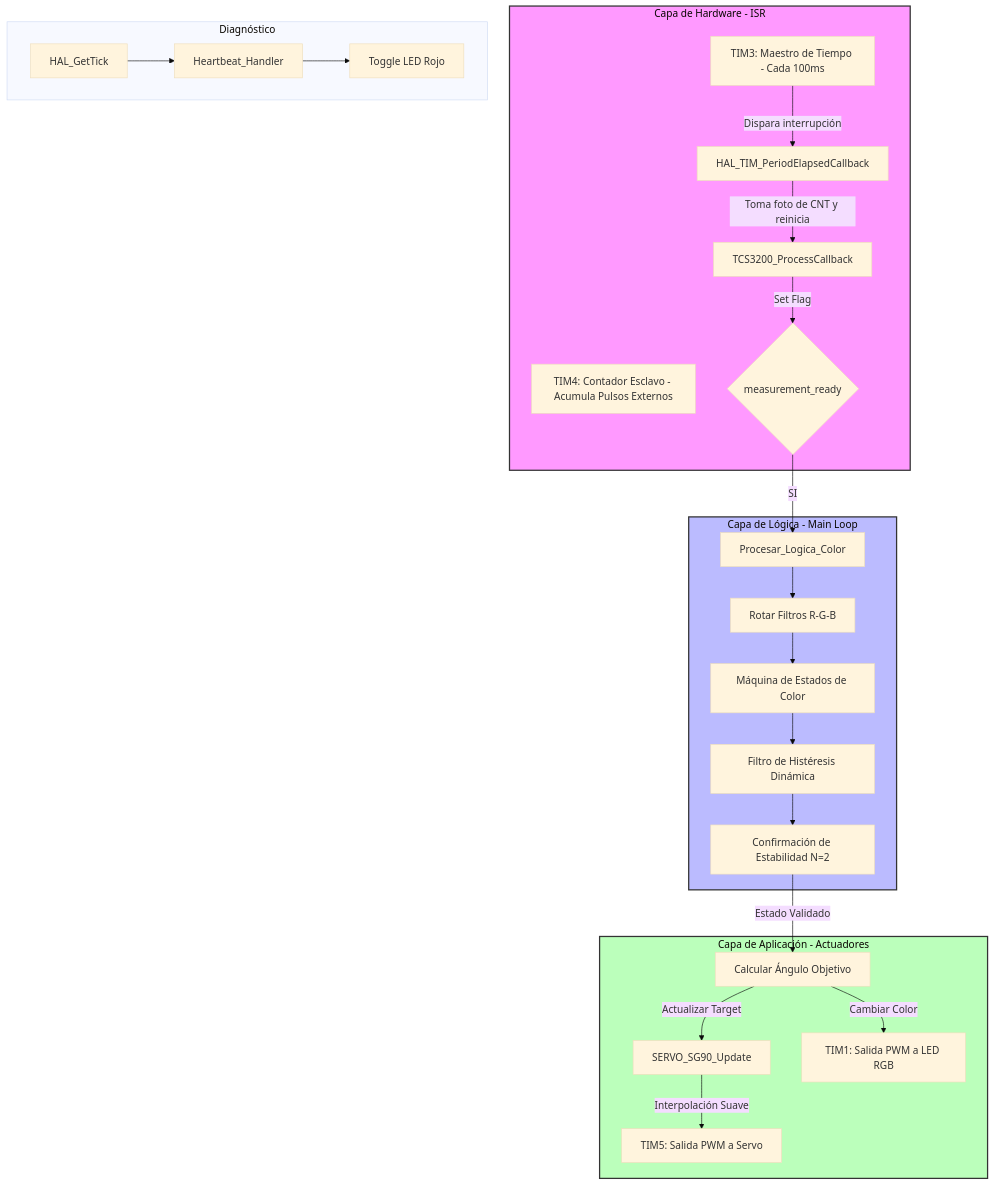
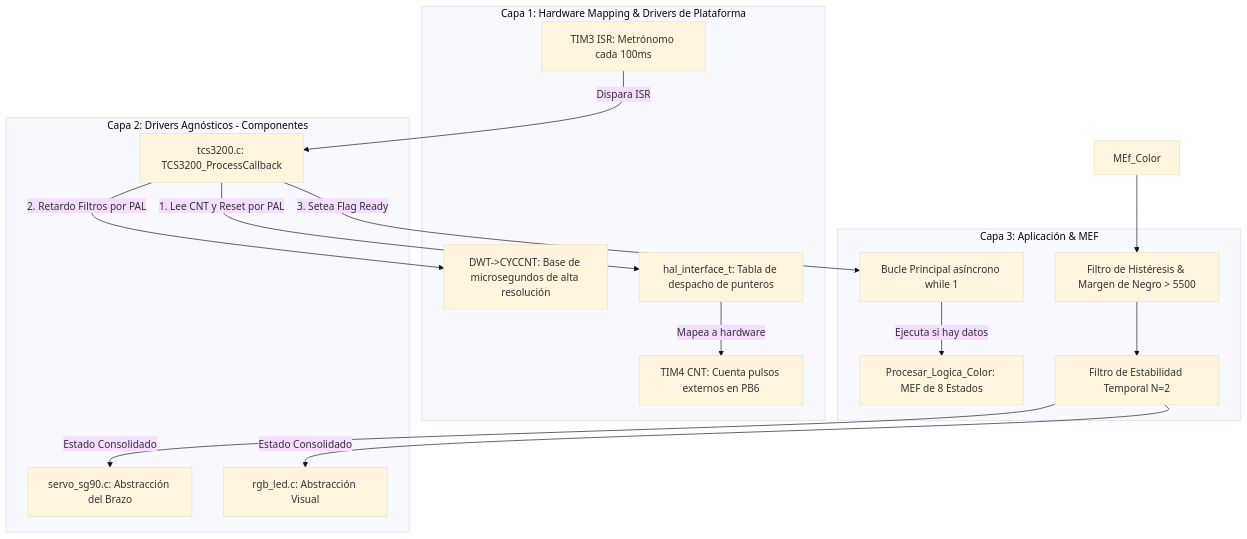
The diagram in 02_Nivel_Intermedio/08_TIM_Slave_Mode/README.md (CarlitozMF/Notas-sobre-STM32-y-Sistemas-Embebidos), drawn with Mermaid (base theme) before and after one commit. The commit also changed other lines of this file and 56 other files, not shown here.

````diff
--- a/02_Nivel_Intermedio/08_TIM_Slave_Mode/README.md
+++ b/02_Nivel_Intermedio/08_TIM_Slave_Mode/README.md
@@ -198,39 +143,37 @@
 ```mermaid
 graph TD
-    %% Capa de Hardware (ISR)
-    subgraph Segundo_Plano [Capa de Hardware - ISR]
-        TIM4_Count[TIM4: Contador Esclavo - Acumula Pulsos Externos]
-        TIM3_Int[TIM3: Maestro de Tiempo - Cada 100ms]
-        TIM3_Int -->|Dispara interrupción| Callback[HAL_TIM_PeriodElapsedCallback]
-        Callback -->|Toma foto de CNT y reinicia| Measurement[TCS3200_ProcessCallback]
-        Measurement -->|Set Flag| Ready{measurement_ready}
+    %% Capa 1: Hardware y Bajo Nivel
+    subgraph Capa_1 [Capa 1: Hardware Mapping & Drivers de Plataforma]
+        TIM4_Hardware[TIM4 CNT: Cuenta pulsos externos en PB6]
+        TIM3_Metronomo[TIM3 ISR: Metrónomo cada 100ms]
+        DWT_Clock[DWT->CYCCNT: Base de microsegundos de alta resolución]
+        PAL_Table[hal_interface_t: Tabla de despacho de punteros]
     end
 
-    %% Capa de Lógica (Main Loop)
-    subgraph Primer_Plano [Capa de Lógica - Main Loop]
-        Ready -->|SI| ProcColor[Procesar_Logica_Color]
-        ProcColor --> Secuenciador[Rotar Filtros R-G-B]
-        Secuenciador --> FSM[Máquina de Estados de Color]
-        FSM --> Histeresis[Filtro de Histéresis Dinámica]
-        Histeresis --> Debounce[Confirmación de Estabilidad N=2]
+    %% Capa 2: Abstracción Portátil
+    subgraph Capa_2 [Capa 2: Drivers Agnósticos - Componentes]
+        TCS_Driver[tcs3200.c: TCS3200_ProcessCallback]
+        Servo_Driver[servo_sg90.c: Abstracción del Brazo]
+        LED_Driver[rgb_led.c: Abstracción Visual]
     end
 
-    %% Capa de Salida (Actuadores)
-    subgraph Salida [Capa de Aplicación - Actuadores]
-        Debounce -->|Estado Validado| SetAngle[Calcular Ángulo Objetivo]
-        SetAngle -->|Actualizar Target| ServoDriver[SERVO_SG90_Update]
-        ServoDriver -->|Interpolación Suave| PWM_TIM5[TIM5: Salida PWM a Servo]
-        SetAngle -->|Cambiar Color| RGB_TIM1[TIM1: Salida PWM a LED RGB]
+    %% Capa 3: Aplicación
+    subgraph Capa_3 [Capa 3: Aplicación & MEF]
+        Main_Loop[Bucle Principal asíncrono while 1]
+        MEF_Color[Procesar_Logica_Color: MEF de 8 Estados]
+        Histeresis[Filtro de Histéresis & Margen de Negro > 5500]
+        Debounce[Filtro de Estabilidad Temporal N=2]
     end
 
-    %% Tarea Independiente
-    subgraph Independiente [Diagnóstico]
-        Tick[HAL_GetTick] --> Heartbeat[Heartbeat_Handler]
-        Heartbeat --> LED_Rojo[Toggle LED Rojo]
-    end
-
-    %% Estilos
-    style Segundo_Plano fill:#f9f,stroke:#333,stroke-width:2px
-    style Primer_Plano fill:#bbf,stroke:#333,stroke-width:2px
-    style Salida fill:#bfb,stroke:#333,stroke-width:2px
+    %% Conexiones e Interacciones de Flujo
+    TIM3_Metronomo -->|Dispara ISR| TCS_Driver
+    TCS_Driver -->|1. Lee CNT y Reset por PAL| PAL_Table
+    PAL_Table -->|Mapea a hardware| TIM4_Hardware
+    TCS_Driver -->|2. Retardo Filtros por PAL| DWT_Clock
+    TCS_Driver -->|3. Setea Flag Ready| Main_Loop
+    
+    Main_Loop -->|Ejecuta si hay datos| MEF_Color
+    MEf_Color --> Histeresis --> Debounce
+    Debounce -->|Estado Consolidado| Servo_Driver
+    Debounce -->|Estado Consolidado| LED_Driver
 ```
````
